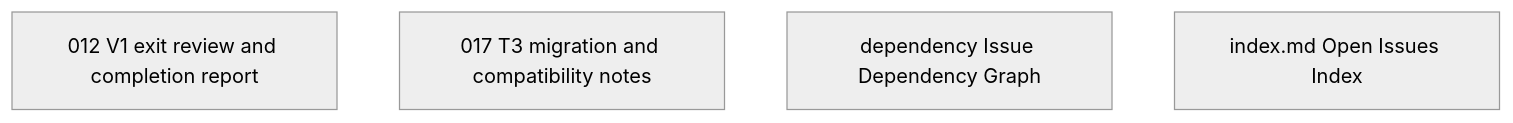
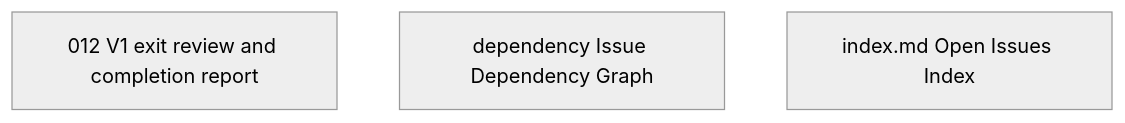
The diagram in issues/open/dependency-graph.md (wogikaze/arukellt), drawn with Mermaid (neutral theme) before and after one commit. The commit also changed other lines of this file and 4 other files, not shown here.

First line of the commit message:
017: Complete T3 migration and compatibility notes

````diff
--- a/issues/open/dependency-graph.md
+++ b/issues/open/dependency-graph.md
@@ -7,7 +7,6 @@
 ```mermaid
 graph TD
   I012["012 V1 exit review and completion report"]
-  I017["017 T3 migration and compatibility notes"]
   Idependency["dependency Issue Dependency Graph"]
   Iindex.md["index.md Open Issues Index"]
 ```
````
